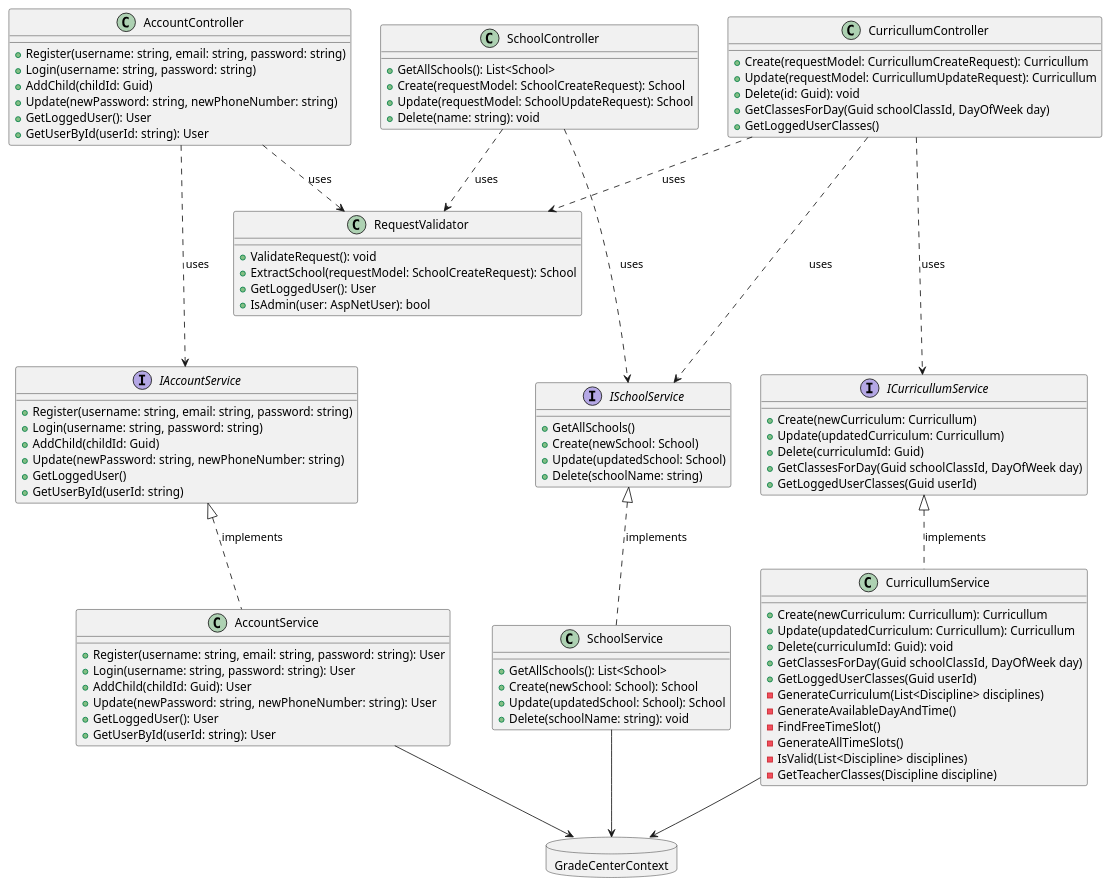
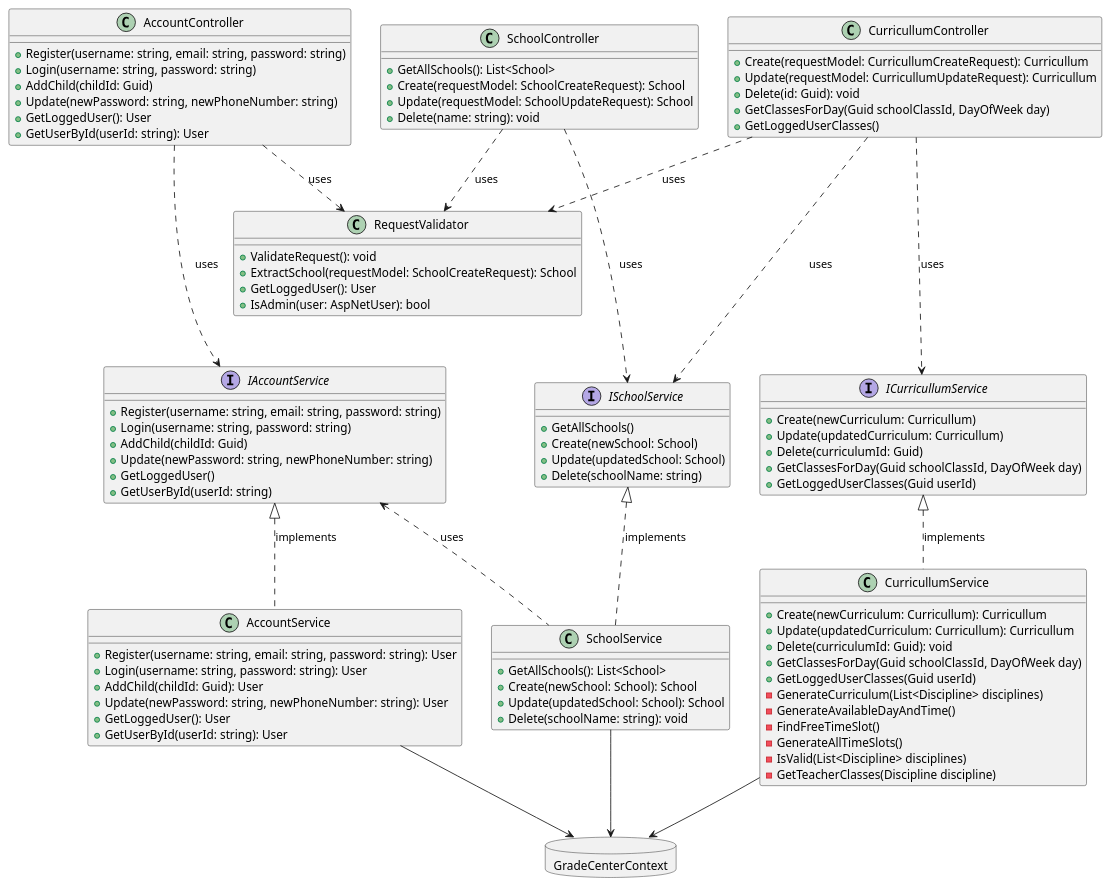
One commit to ivann9963/GradeCenter changed the diagram in api_design.puml. Above: the diagram before and after it, drawn with PlantUML.

Commit message:
GRAD-47: Add services relation in API PUML

```diff
--- a/api_design.puml
+++ b/api_design.puml
@@ -1,109 +1,110 @@
 @startuml
 
 class AccountController {
     + Register(username: string, email: string, password: string)
     + Login(username: string, password: string)
     + AddChild(childId: Guid)
     + Update(newPassword: string, newPhoneNumber: string)
     + GetLoggedUser(): User
     + GetUserById(userId: string): User
 }
 
 class AccountService {
     + Register(username: string, email: string, password: string): User
     + Login(username: string, password: string): User
     + AddChild(childId: Guid): User
     + Update(newPassword: string, newPhoneNumber: string): User
     + GetLoggedUser(): User
     + GetUserById(userId: string): User
 }
 
 interface IAccountService {
     + Register(username: string, email: string, password: string)
     + Login(username: string, password: string)
     + AddChild(childId: Guid)
     + Update(newPassword: string, newPhoneNumber: string)
     + GetLoggedUser()
     + GetUserById(userId: string)
 }
 
 class SchoolController {
     + GetAllSchools(): List<School>
     + Create(requestModel: SchoolCreateRequest): School
     + Update(requestModel: SchoolUpdateRequest): School
     + Delete(name: string): void
 }
 
 class SchoolService {
     + GetAllSchools(): List<School>
     + Create(newSchool: School): School
     + Update(updatedSchool: School): School
     + Delete(schoolName: string): void
 }
 
 interface ISchoolService {
     + GetAllSchools()
     + Create(newSchool: School)
     + Update(updatedSchool: School)
     + Delete(schoolName: string)
 }
 
 class CurricullumController {
     + Create(requestModel: CurricullumCreateRequest): Curricullum
     + Update(requestModel: CurricullumUpdateRequest): Curricullum
     + Delete(id: Guid): void
     + GetClassesForDay(Guid schoolClassId, DayOfWeek day)
     + GetLoggedUserClasses()
 }
 
 class CurricullumService {
     + Create(newCurriculum: Curricullum): Curricullum
     + Update(updatedCurriculum: Curricullum): Curricullum
     + Delete(curriculumId: Guid): void
     + GetClassesForDay(Guid schoolClassId, DayOfWeek day)
     + GetLoggedUserClasses(Guid userId)
     - GenerateCurriculum(List<Discipline> disciplines)
     - GenerateAvailableDayAndTime()
     - FindFreeTimeSlot()
     - GenerateAllTimeSlots()
     - IsValid(List<Discipline> disciplines)
     - GetTeacherClasses(Discipline discipline)
 }
 
 interface ICurricullumService {
     + Create(newCurriculum: Curricullum)
     + Update(updatedCurriculum: Curricullum)
     + Delete(curriculumId: Guid)
     + GetClassesForDay(Guid schoolClassId, DayOfWeek day)
     + GetLoggedUserClasses(Guid userId)
 }
 
 database GradeCenterContext {
 
 }
 
 class RequestValidator {
     + ValidateRequest(): void
     + ExtractSchool(requestModel: SchoolCreateRequest): School
     + GetLoggedUser(): User
     + IsAdmin(user: AspNetUser): bool
 }
 
 AccountController ...> IAccountService : uses
 SchoolController ...> ISchoolService : uses
 CurricullumController ...> ICurricullumService : uses
 CurricullumController ...> ISchoolService : uses
 
 AccountController .> RequestValidator : uses
 SchoolController ..> RequestValidator : uses
 CurricullumController ..> RequestValidator : uses
 
 IAccountService <|.. AccountService : implements
 ISchoolService <|.. SchoolService : implements
 ICurricullumService <|.. CurricullumService : implements
 
 AccountService --> GradeCenterContext
 SchoolService --> GradeCenterContext
 CurricullumService --> GradeCenterContext
 
+IAccountService <.. SchoolService : uses
 @enduml
```
